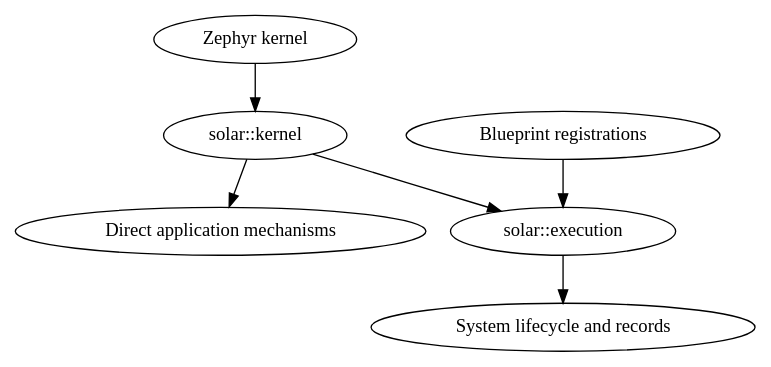
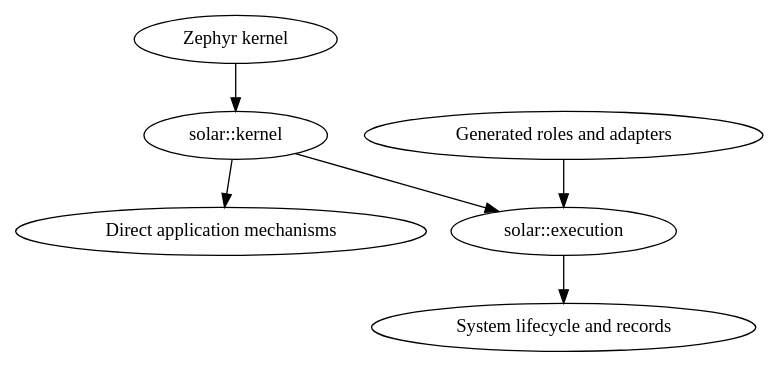
The diagram in docs/architecture/kernel-execution-boundary.md (Adams-Galaxy/solar), drawn with Graphviz before and after one commit. The commit also changed other lines of this file and 681 other files, not shown here.

````diff
--- a/docs/architecture/kernel-execution-boundary.md
+++ b/docs/architecture/kernel-execution-boundary.md
@@ -3,10 +3,10 @@
 ```{graphviz}
 digraph execution_boundary {
   rankdir=TB;
   "Zephyr kernel" -> "solar::kernel";
   "solar::kernel" -> "Direct application mechanisms";
   "solar::kernel" -> "solar::execution";
-  "Blueprint registrations" -> "solar::execution";
+  "Generated roles and adapters" -> "solar::execution";
   "solar::execution" -> "System lifecycle and records";
 }
 ```
````
